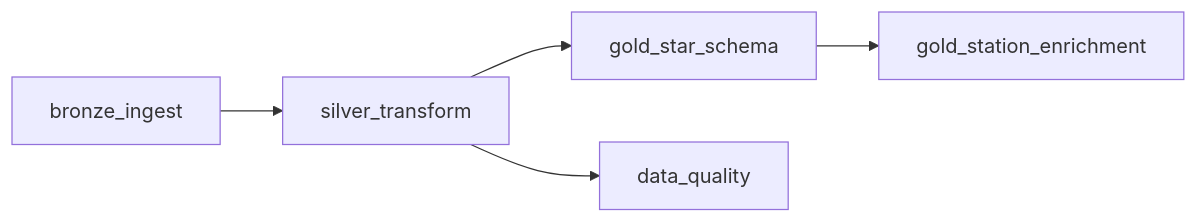
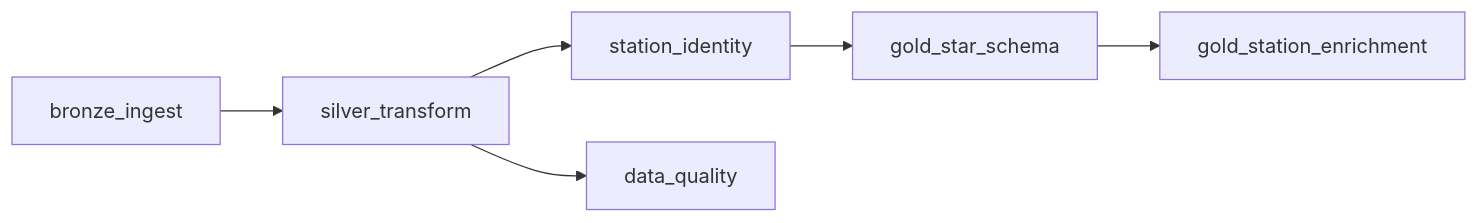
One commit to BeatrizJover/rail-punctuality-lakehouse changed the second of 2 diagrams in README.md. Above: the diagram before and after it, drawn with Mermaid. The commit also changed other lines of this file, not shown here.

First line of the commit message:
docs(readme): condense README and document PTCAR_NO station identity

````diff
--- a/README.md
+++ b/README.md
@@ -238,7 +180,8 @@
 ```mermaid
 flowchart LR
     A[bronze_ingest] --> B[silver_transform]
-    B --> C[gold_star_schema]
+    B --> F[station_identity]
+    F --> C[gold_star_schema]
     C --> E[gold_station_enrichment]
     B --> D[data_quality]
 ```
````
